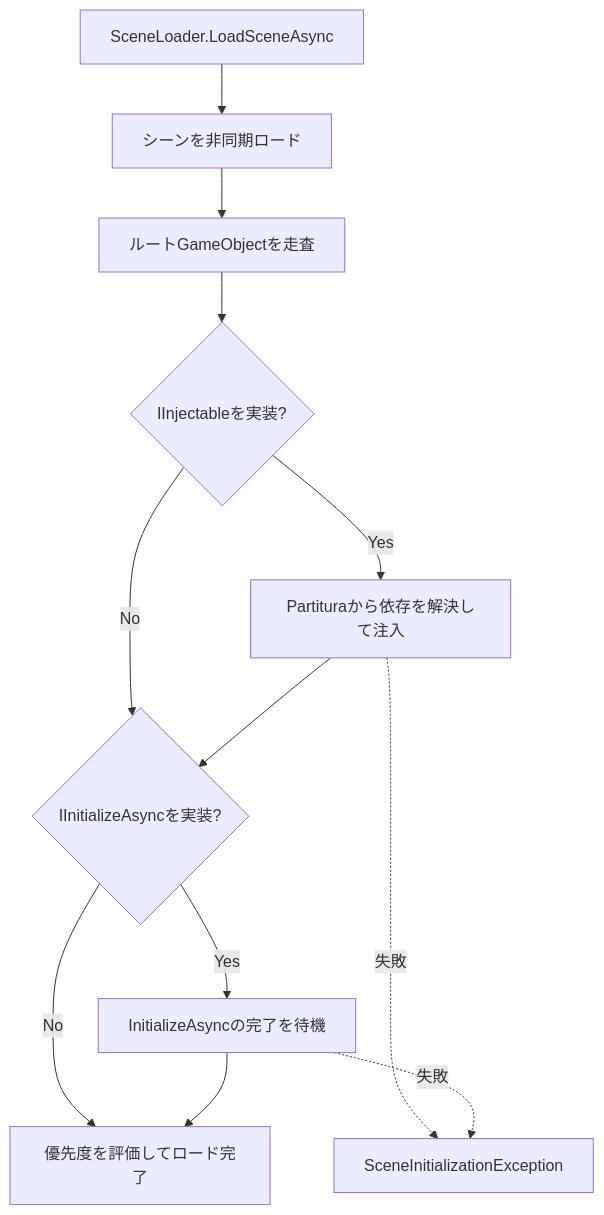
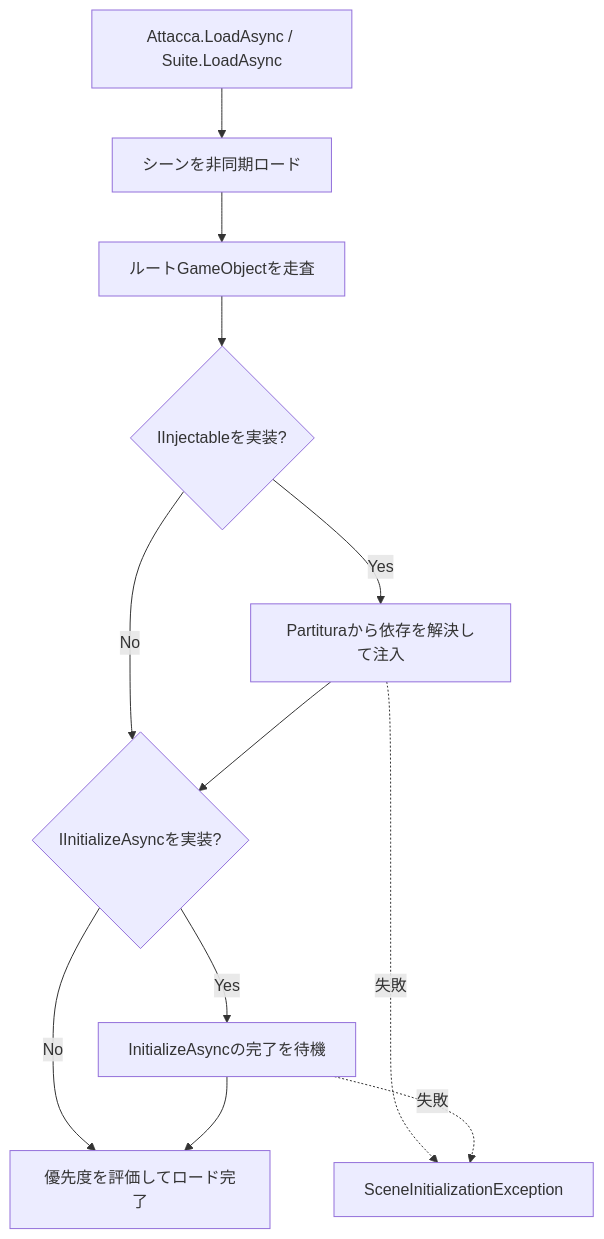
The fourth of 9 diagrams in Documentation/ModuleInternals.md (HIBIKI5201/SymphonyWorkspace), drawn with Mermaid before and after one commit. The commit also changed other lines of this file and 8 other files, not shown here.

````diff
--- a/Documentation/ModuleInternals.md
+++ b/Documentation/ModuleInternals.md
@@ -158,14 +163,14 @@
 ```mermaid
 flowchart TD
-    Request["SceneLoader.LoadSceneAsync"] --> Load["シーンを非同期ロード"]
+    Request["Attacca.LoadAsync / Suite.LoadAsync"] --> Load["シーンを非同期ロード"]
     Load --> Roots["ルートGameObjectを走査"]
     Roots --> Inject{"IInjectableを実装?"}
     Inject -- Yes --> Resolve["Partituraから依存を解決して注入"]
     Inject -- No --> Initialize
     Resolve --> Initialize{"IInitializeAsyncを実装?"}
     Initialize -- Yes --> Await["InitializeAsyncの完了を待機"]
     Initialize -- No --> Complete["優先度を評価してロード完了"]
     Await --> Complete
     Resolve -. "失敗" .-> Exception["SceneInitializationException"]
     Await -. "失敗" .-> Exception
 ```
````
